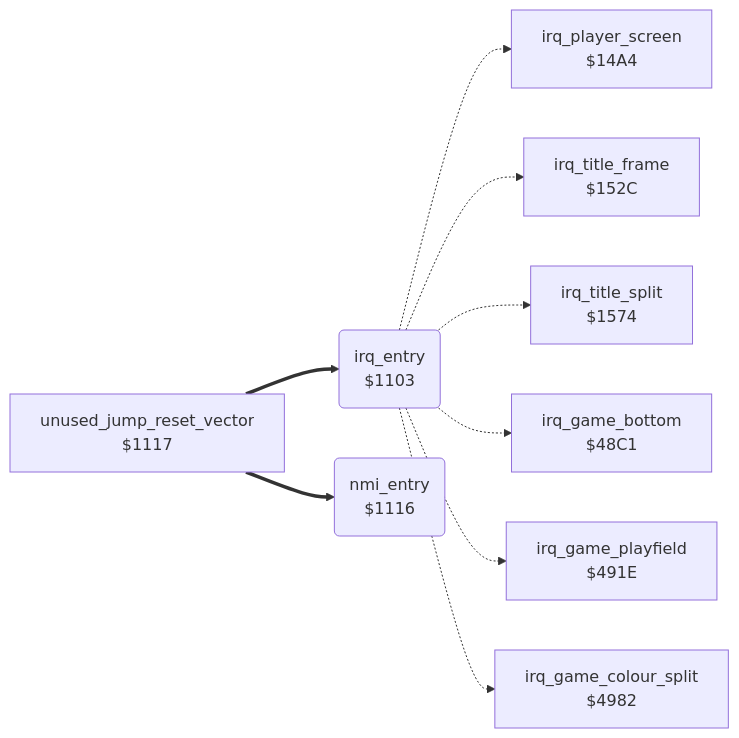
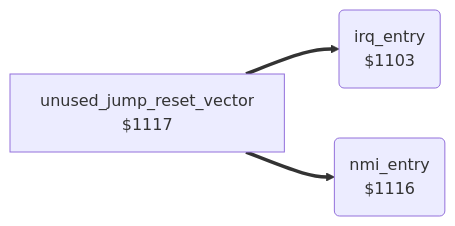
The diagram in bruce_lee/docs/reference/modules/irq/interrupt_entry.md (henols/c64_games), drawn with Mermaid before and after one commit. The commit also changed other lines of this file and 236 other files, not shown here.

````diff
--- a/bruce_lee/docs/reference/modules/irq/interrupt_entry.md
+++ b/bruce_lee/docs/reference/modules/irq/interrupt_entry.md
@@ -10,20 +17,8 @@
 ```mermaid
 flowchart LR
   n1103("irq_entry<br/>$1103")
   n1116("nmi_entry<br/>$1116")
   n1117["unused_jump_reset_vector<br/>$1117"]
-  n14a4["irq_player_screen<br/>$14A4"]
-  n152c["irq_title_frame<br/>$152C"]
-  n1574["irq_title_split<br/>$1574"]
-  n48c1["irq_game_bottom<br/>$48C1"]
-  n491e["irq_game_playfield<br/>$491E"]
-  n4982["irq_game_colour_split<br/>$4982"]
-  n1103 -.-> n14a4
-  n1103 -.-> n152c
-  n1103 -.-> n1574
-  n1103 -.-> n48c1
-  n1103 -.-> n491e
-  n1103 -.-> n4982
   n1117 ==> n1103
   n1117 ==> n1116
 ```
````
